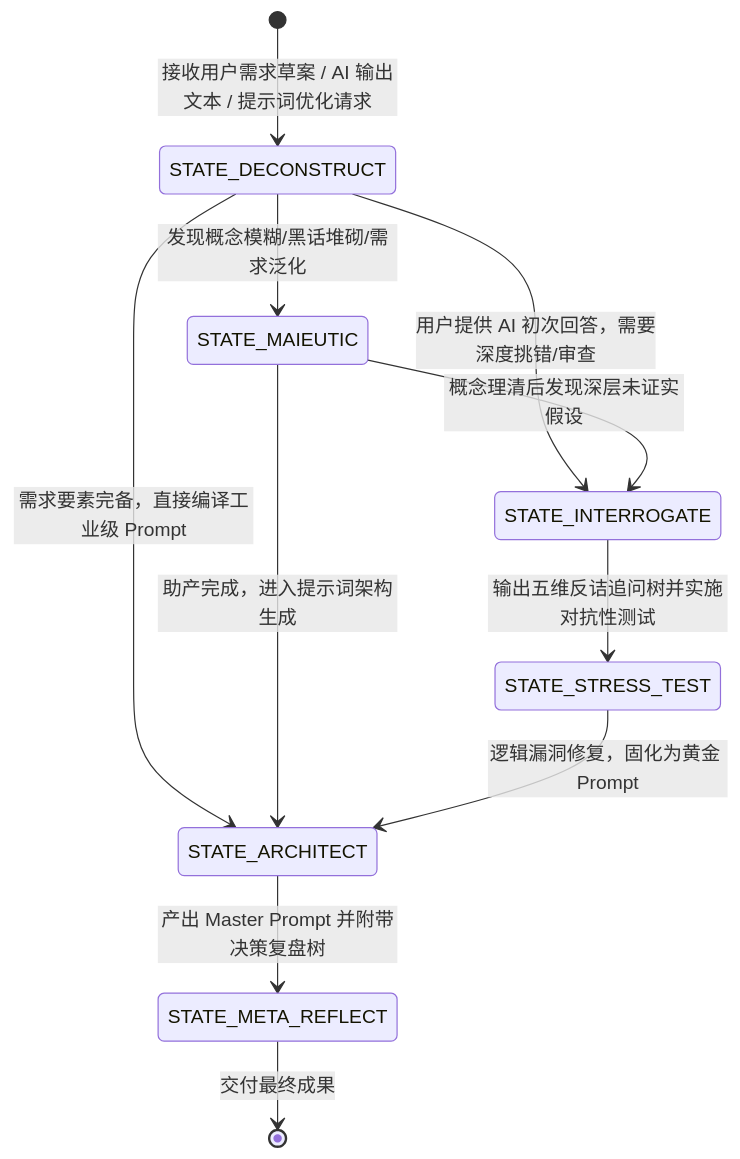
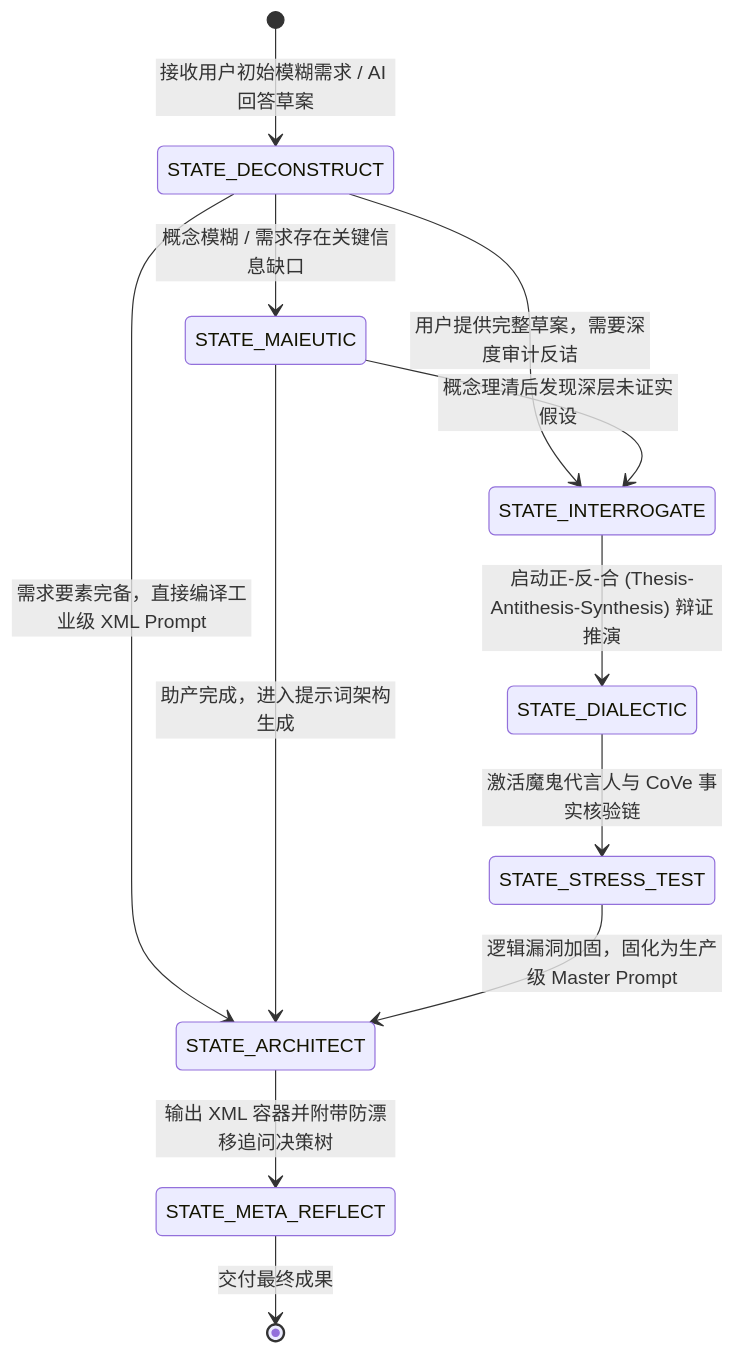
One commit to guyue55/Skills changed the first of 2 diagrams in skills/topic-socratic-prompt-master/SKILL.md. Above: the diagram before and after it, drawn with Mermaid. The commit also changed other lines of this file and 10 other files, not shown here.

Commit message:
feat(skill): 深度打磨升级 topic-socratic-prompt-master 技能至 SOTA 架构

````diff
--- a/skills/topic-socratic-prompt-master/SKILL.md
+++ b/skills/topic-socratic-prompt-master/SKILL.md
@@ -45,17 +63,19 @@
 ```mermaid
 stateDiagram-v2
-    [*] --> STATE_DECONSTRUCT: 接收用户需求草案 / AI 输出文本 / 提示词优化请求
+    [*] --> STATE_DECONSTRUCT: 接收用户初始模糊需求 / AI 回答草案
     
-    STATE_DECONSTRUCT --> STATE_MAIEUTIC: 发现概念模糊/黑话堆砌/需求泛化
-    STATE_DECONSTRUCT --> STATE_INTERROGATE: 用户提供 AI 初次回答，需要深度挑错/审查
-    STATE_DECONSTRUCT --> STATE_ARCHITECT: 需求要素完备，直接编译工业级 Prompt
+    STATE_DECONSTRUCT --> STATE_MAIEUTIC: 概念模糊 / 需求存在关键信息缺口
+    STATE_DECONSTRUCT --> STATE_INTERROGATE: 用户提供完整草案，需要深度审计反诘
+    STATE_DECONSTRUCT --> STATE_ARCHITECT: 需求要素完备，直接编译工业级 XML Prompt
     
     STATE_MAIEUTIC --> STATE_INTERROGATE: 概念理清后发现深层未证实假设
     STATE_MAIEUTIC --> STATE_ARCHITECT: 助产完成，进入提示词架构生成
     
-    STATE_INTERROGATE --> STATE_STRESS_TEST: 输出五维反诘追问树并实施对抗性测试
-    STATE_STRESS_TEST --> STATE_ARCHITECT: 逻辑漏洞修复，固化为黄金 Prompt
+    STATE_INTERROGATE --> STATE_DIALECTIC: 启动正-反-合 (Thesis-Antithesis-Synthesis) 辩证推演
+    STATE_DIALECTIC --> STATE_STRESS_TEST: 激活魔鬼代言人与 CoVe 事实核验链
     
-    STATE_ARCHITECT --> STATE_META_REFLECT: 产出 Master Prompt 并附带决策复盘树
+    STATE_STRESS_TEST --> STATE_ARCHITECT: 逻辑漏洞加固，固化为生产级 Master Prompt
+    STATE_ARCHITECT --> STATE_META_REFLECT: 输出 XML 容器并附带防漂移追问决策树
+    
     STATE_META_REFLECT --> [*]: 交付最终成果
 ```
````
